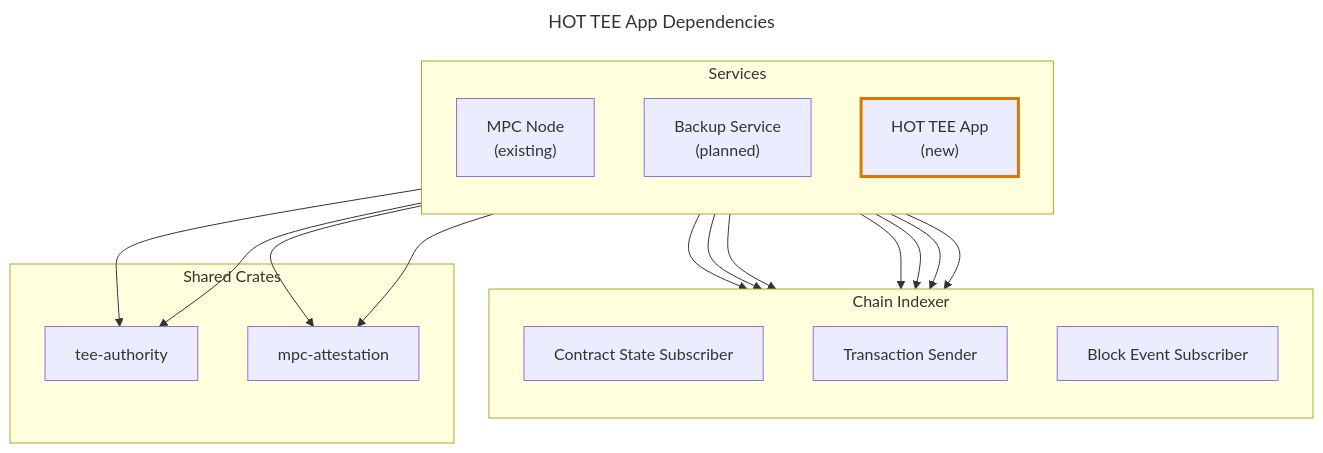
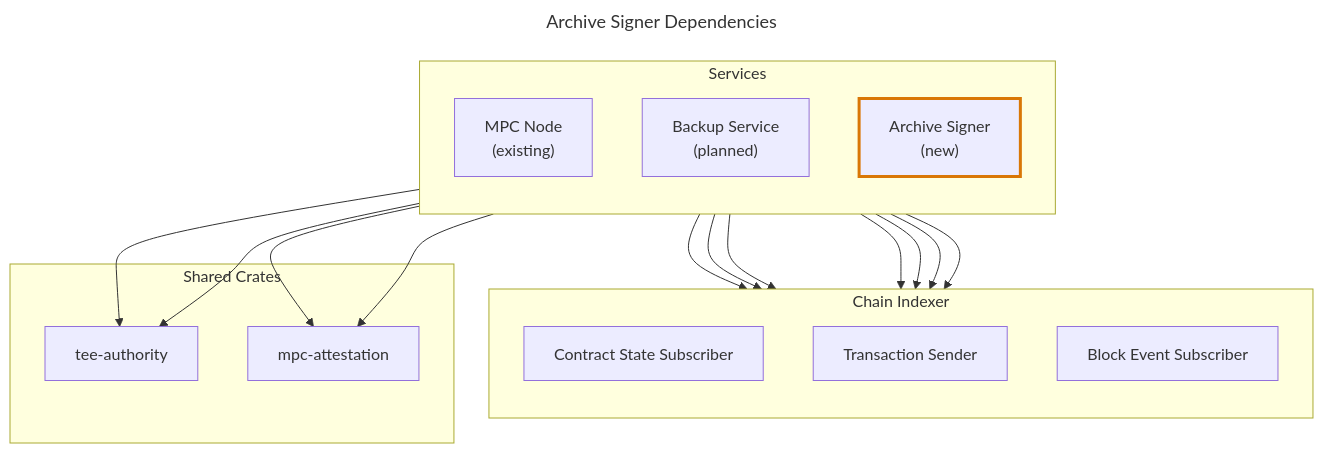
One commit to near/mpc changed the second of 4 diagrams in docs/hot-tee-signing-design.md. Above: the diagram before and after it, drawn with Mermaid. The commit also changed other lines of this file, not shown here.

First line of the commit message:
docs: rename HOT TEE Signing Application to Archive Signer

````diff
--- a/docs/hot-tee-signing-design.md
+++ b/docs/hot-tee-signing-design.md
@@ -121,44 +121,44 @@
 ```mermaid
 ---
-title: HOT TEE App Dependencies
+title: Archive Signer Dependencies
 ---
 flowchart TB
 
 subgraph SERVICES["Services"]
     direction TB
     MPC_NODE["MPC Node<br/>(existing)"]
     BACKUP["Backup Service<br/>(planned)"]
-    HOT_APP["HOT TEE App<br/>(new)"]
+    HOT_APP["Archive Signer<br/>(new)"]
 end
 
 subgraph CHAIN["Chain Indexer"]
     direction TB
     CSUB["Contract State Subscriber"]
     TSEND["Transaction Sender"]
     BEVENTS["Block Event Subscriber"]
 end
 
 subgraph SHARED["Shared Crates"]
     TEE_AUTH["tee-authority"]
     ATTEST["mpc-attestation"]
 end
 
 MPC_NODE --> CSUB
 MPC_NODE --> TSEND
 MPC_NODE --> BEVENTS
 
 BACKUP --> CSUB
 BACKUP --> TSEND
 
 HOT_APP --> CSUB
 HOT_APP --> TSEND
 
 HOT_APP --> TEE_AUTH
 HOT_APP --> ATTEST
 
 MPC_NODE --> TEE_AUTH
 MPC_NODE --> ATTEST
 
 classDef new stroke:#d97706,stroke-width:3px;
 class HOT_APP new;
 ```
````
